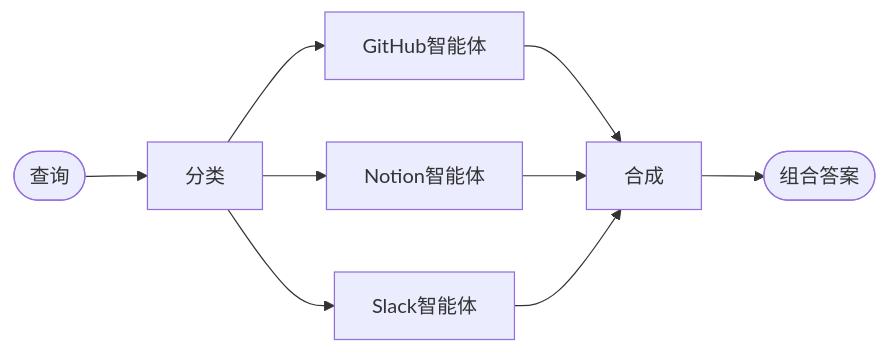
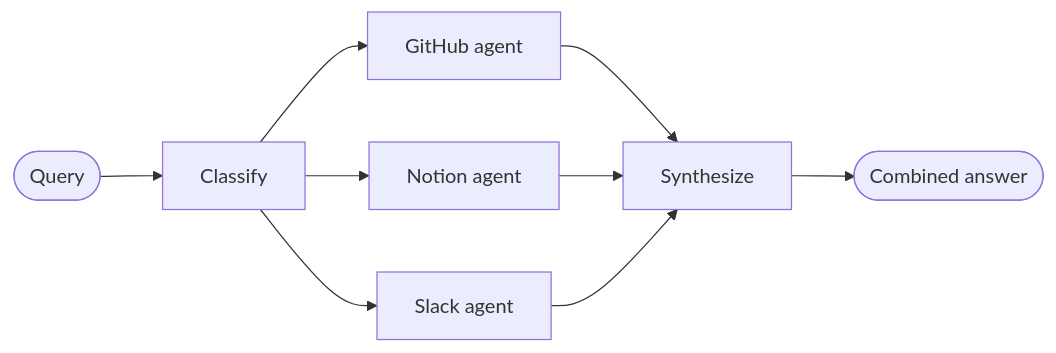
The diagram in cn-docs/oss/langchain/multi-agent/router-knowledge-base.mdx (happyphper/langchain-docs-cn), drawn with Mermaid before and after one commit. The commit also changed other lines of this file and 75 other files, not shown here.

````diff
--- a/cn-docs/oss/langchain/multi-agent/router-knowledge-base.mdx
+++ b/cn-docs/oss/langchain/multi-agent/router-knowledge-base.mdx
@@ -20,11 +20,11 @@
 ```mermaid
 graph LR
-    A([查询]) --> B[分类]
-    B --> C[GitHub智能体]
-    B --> D[Notion智能体]
-    B --> E[Slack智能体]
-    C --> F[合成]
+    A([Query]) --> B[Classify]
+    B --> C[GitHub agent]
+    B --> D[Notion agent]
+    B --> E[Slack agent]
+    C --> F[Synthesize]
     D --> F
     E --> F
-    F --> G([组合答案])
+    F --> G([Combined answer])
 ```
````
